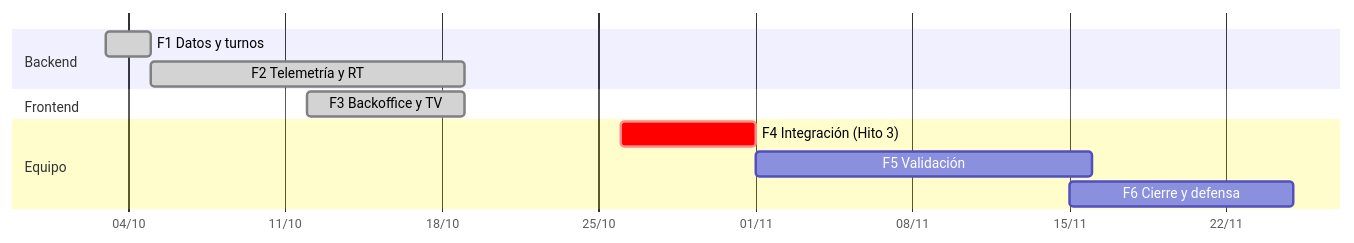
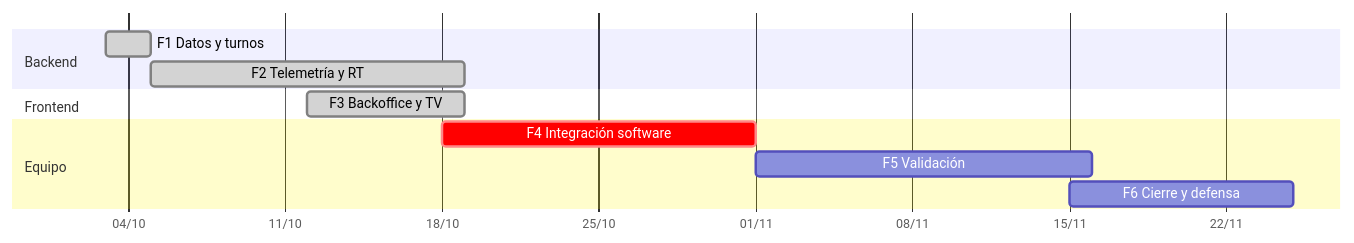
The diagram in docs/07-roadmap.md (GastMolina267/pti-monorepo), drawn with Mermaid before and after one commit. The commit also changed other lines of this file and 41 other files, not shown here.

````diff
--- a/docs/07-roadmap.md
+++ b/docs/07-roadmap.md
@@ -18,14 +18,14 @@
 ```mermaid
 gantt
   dateFormat YYYY-MM-DD
   axisFormat %d/%m
   section Backend
   F1 Datos y turnos        :done, f1, 2026-10-03, 2d
   F2 Telemetría y RT       :done, f2, 2026-10-05, 14d
   section Frontend
   F3 Backoffice y TV       :done, f3, 2026-10-12, 7d
   section Equipo
-  F4 Integración (Hito 3)  :crit, f4, 2026-10-26, 6d
+  F4 Integración software :crit, f4, 2026-10-18, 14d
   F5 Validación            :f5, 2026-11-01, 15d
   F6 Cierre y defensa      :f6, 2026-11-15, 10d
 ```
````
